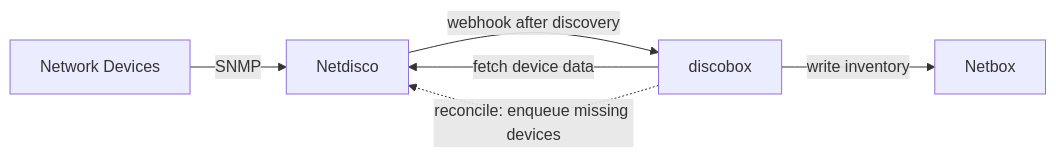
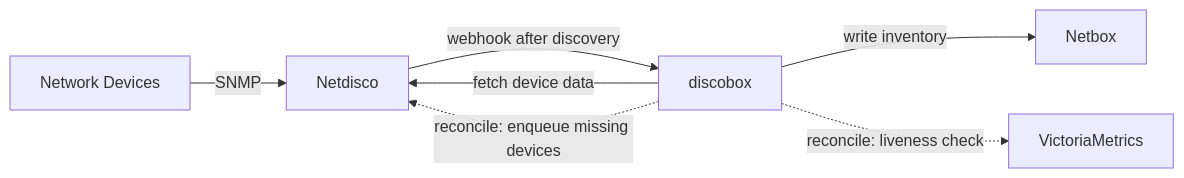
One commit to zebbra/discobox changed the diagram in README.md. Above: the diagram before and after it, drawn with Mermaid.

Commit message:
add VictoriaMetrics to the architecture diagram
The reconcile liveness gate queries vmselect before enqueueing discovery.

````diff
--- a/README.md
+++ b/README.md
@@ -17,13 +17,15 @@
 ```mermaid
 flowchart LR
     DEV["Network Devices"]
     ND["Netdisco"]
     DB["discobox"]
     NB["Netbox"]
+    VM["VictoriaMetrics"]
 
     DEV -- SNMP --> ND
     ND -- "webhook after discovery" --> DB
     DB -- "fetch device data" --> ND
     DB -- "write inventory" --> NB
     DB -. "reconcile: enqueue missing devices" .-> ND
+    DB -. "reconcile: liveness check" .-> VM
 ```
````
